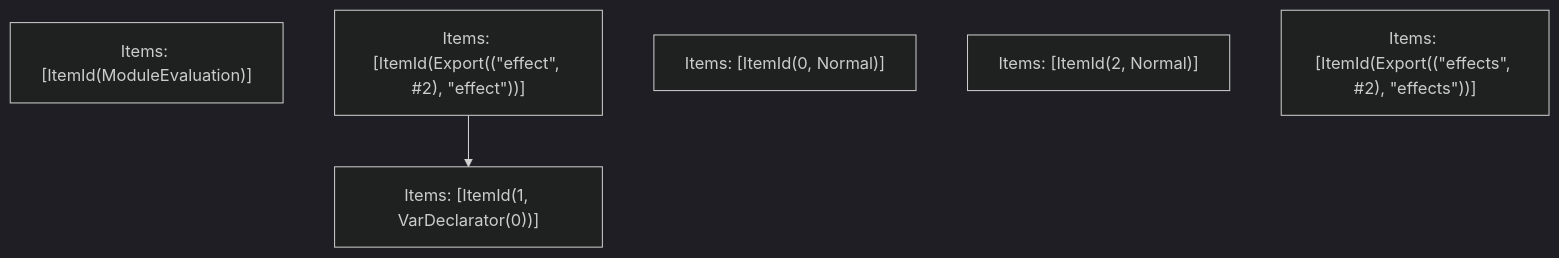
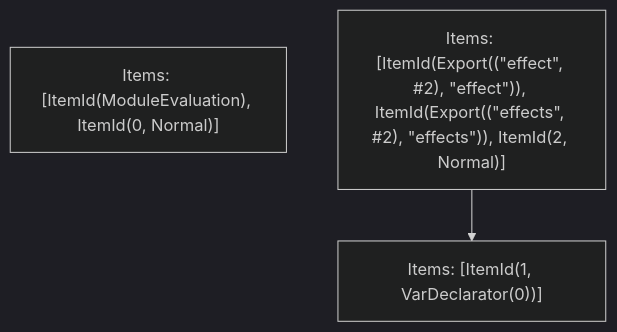
Before and after one commit to Sonar-UX-Testing-FreePlan/next.js: the fifth of 5 diagrams in turbopack/crates/turbopack-ecmascript/tests/tree-shaker/analyzer/tla-1/output.md, drawn with Mermaid (dark theme). The commit also changed other lines of this file and 38 other files, not shown here.

````diff
--- a/turbopack/crates/turbopack-ecmascript/tests/tree-shaker/analyzer/tla-1/output.md
+++ b/turbopack/crates/turbopack-ecmascript/tests/tree-shaker/analyzer/tla-1/output.md
@@ -103,10 +103,7 @@
 ```mermaid
 graph TD
-    N0["Items: [ItemId(ModuleEvaluation)]"];
-    N1["Items: [ItemId(Export((&quot;effect&quot;, #2), &quot;effect&quot;))]"];
+    N0["Items: [ItemId(ModuleEvaluation), ItemId(0, Normal)]"];
+    N1["Items: [ItemId(Export((&quot;effect&quot;, #2), &quot;effect&quot;)), ItemId(Export((&quot;effects&quot;, #2), &quot;effects&quot;)), ItemId(2, Normal)]"];
     N2["Items: [ItemId(1, VarDeclarator(0))]"];
-    N3["Items: [ItemId(0, Normal)]"];
-    N4["Items: [ItemId(2, Normal)]"];
-    N5["Items: [ItemId(Export((&quot;effects&quot;, #2), &quot;effects&quot;))]"];
     N1 --> N2;
 ```
````
